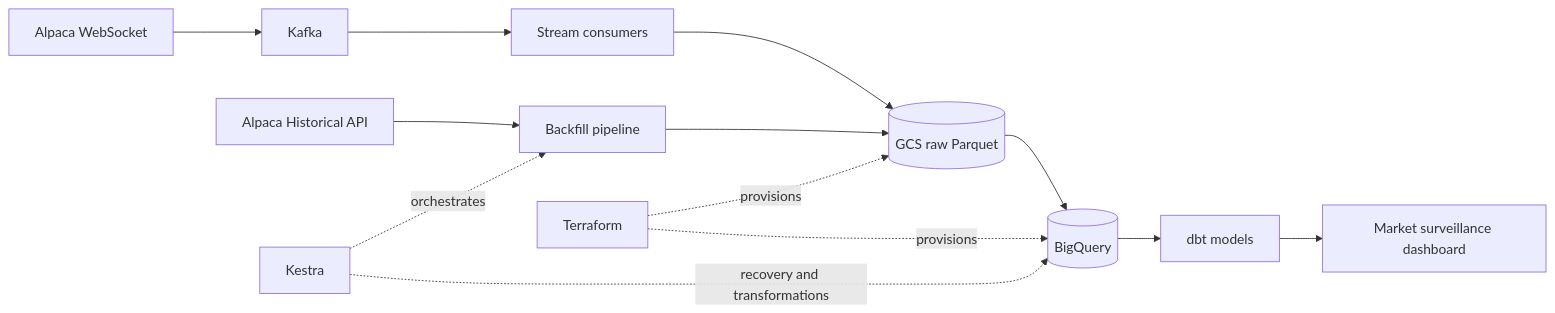
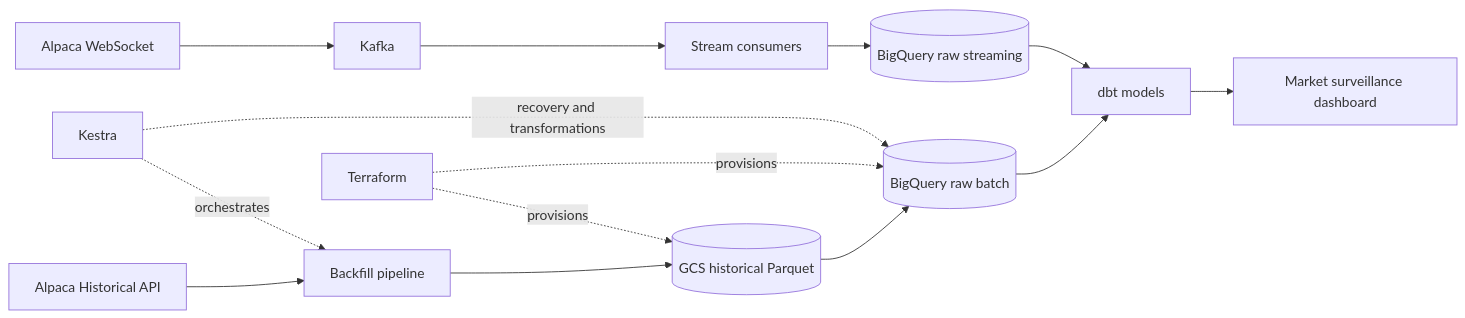
One commit to WinotoHasyim/equity-data-platform changed the diagram in README.md. Above: the diagram before and after it, drawn with Mermaid. The commit also changed other lines of this file and 1 other file, not shown here.

Commit message:
docs: clarify live and historical data architecture

````diff
--- a/README.md
+++ b/README.md
@@ -46,18 +46,19 @@
 ```mermaid
 flowchart LR
     A[Alpaca WebSocket] --> B[Kafka]
     B --> C[Stream consumers]
-    C --> D[(GCS raw Parquet)]
+    C --> R[(BigQuery raw streaming)]
 
     H[Alpaca Historical API] --> I[Backfill pipeline]
-    I --> D
+    I --> D[(GCS historical Parquet)]
 
-    D --> E[(BigQuery)]
+    D --> E[(BigQuery raw batch)]
     E --> F[dbt models]
+    R --> F
     F --> G[Market surveillance dashboard]
 
     K[Kestra] -. orchestrates .-> I
     K -. recovery and transformations .-> E
     T[Terraform] -. provisions .-> D
     T -. provisions .-> E
 ```
````
